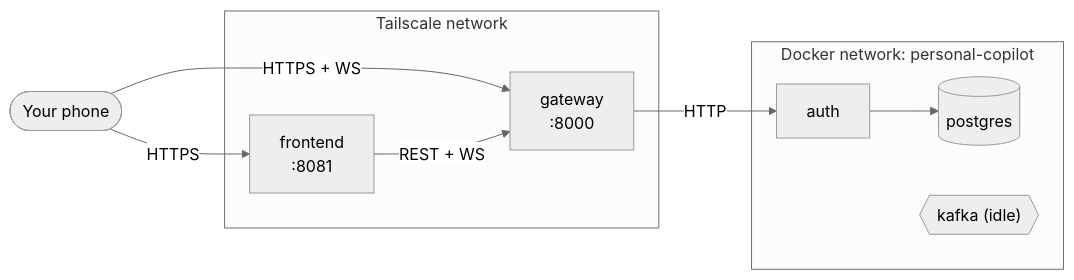
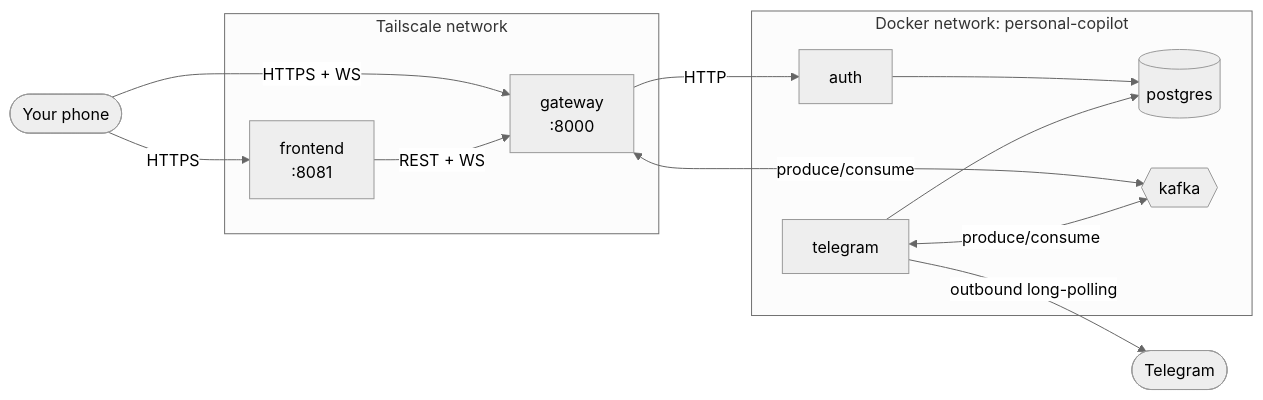
One commit to LidorElmakaies/personal-copilot changed the first of 3 diagrams in docs/specs/architecture.md. Above: the diagram before and after it, drawn with Mermaid (neutral theme). The commit also changed other lines of this file and 53 other files, not shown here.

First line of the commit message:
Add Telegram bot service with Kafka-based account linking

````diff
--- a/docs/specs/architecture.md
+++ b/docs/specs/architecture.md
@@ -9,22 +9,29 @@
 ```mermaid
 flowchart LR
     Phone(["Your phone"])
+    TG(["Telegram"])
 
     subgraph Tailnet["Tailscale network"]
         Gateway["gateway\n:8000"]
         Frontend["frontend\n:8081"]
     end
 
     subgraph Docker["Docker network: personal-copilot"]
         Auth["auth"]
+        Telegram["telegram"]
         Postgres[("postgres")]
-        Kafka{{"kafka (idle)"}}
+        Kafka{{"kafka"}}
     end
 
     Phone -->|HTTPS + WS| Gateway
     Phone -->|HTTPS| Frontend
     Frontend -->|REST + WS| Gateway
 
     Gateway -->|HTTP| Auth
     Auth --> Postgres
+    Telegram --> Postgres
+
+    Gateway <-->|produce/consume| Kafka
+    Telegram <-->|produce/consume| Kafka
+    Telegram -->|outbound long-polling| TG
 ```
````
